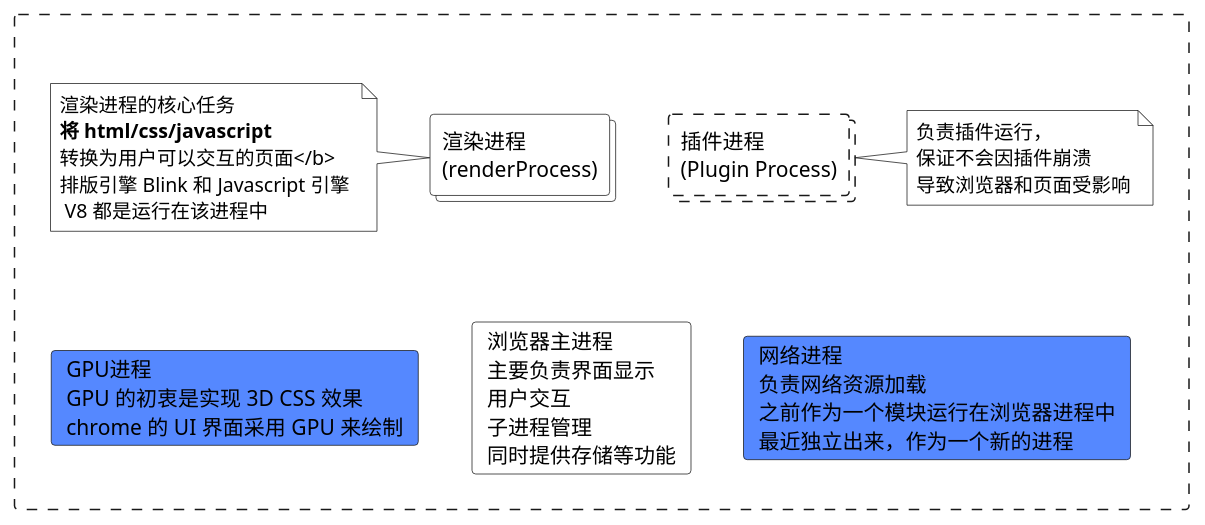
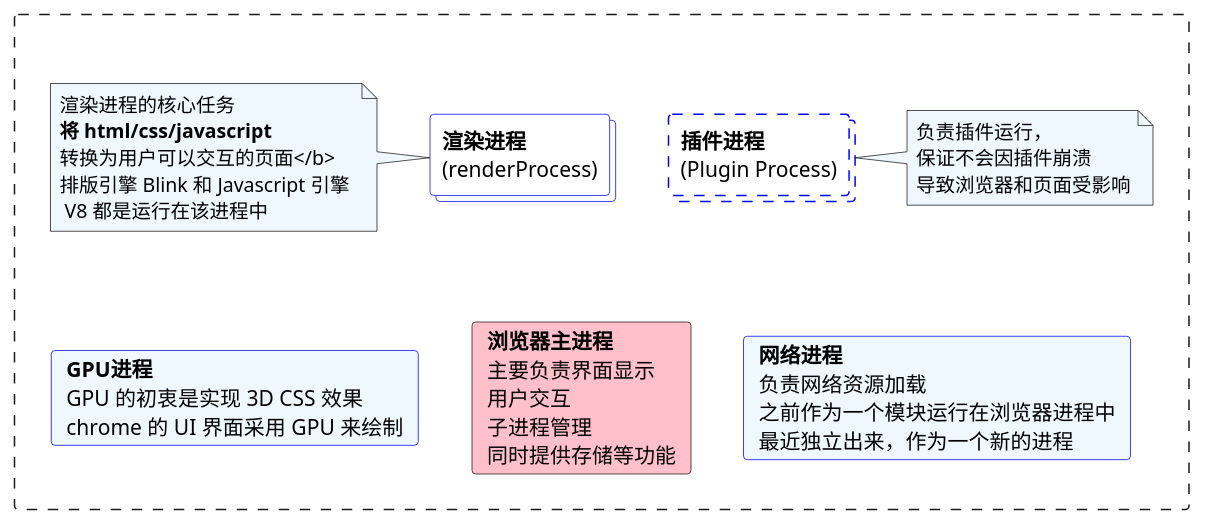
The fourth of 5 diagrams in source/_posts/浏览器工作原理——chrome打开一个页面执行的进程.md (HelenZhangLP/blog), drawn with PlantUML before and after one commit. The commit also changed other lines of this file and 88 other files, not shown here.

```diff
--- a/source/_posts/浏览器工作原理——chrome打开一个页面执行的进程.md
+++ b/source/_posts/浏览器工作原理——chrome打开一个页面执行的进程.md
@@ -105,35 +166,35 @@
 {% plantuml %}
 rectangle " " #fff;line.dashed {
   together {
-    collections "插件进程\n(Plugin Process)" as pluginProcess #fff;line.dashed
-    note right of pluginProcess #fff: 负责插件运行，\n保证不会因插件崩溃\n导致浏览器和页面受影响
-    collections "渲染进程\n(renderProcess)" as renderProcess #fff
-    note left of renderProcess #fff: 渲染进程的核心任务\n<b>将 html/css/javascript\n转换为用户可以交互的页面</b>\n排版引擎 Blink 和 Javascript 引擎 \n V8 都是运行在该进程中
+    collections "**插件进程**\n(Plugin Process)" as pluginProcess #fff;line:blue;line.dashed
+    note right of pluginProcess #aliceblue;line.dotted;line:blue;: 负责插件运行，\n保证不会因插件崩溃\n导致浏览器和页面受影响
+    collections "**渲染进程**\n(renderProcess)" as renderProcess #fff;line:blue;
+    note left of renderProcess #aliceblue;line:blue;line.dotted;: 渲染进程的核心任务\n<b>将 html/css/javascript\n转换为用户可以交互的页面</b>\n排版引擎 Blink 和 Javascript 引擎 \n V8 都是运行在该进程中
   }
 
   together {
-    card networkProcess #58f [
-      网络进程
+    card networkProcess #aliceblue;line:blue; [
+      **网络进程**
       负责网络资源加载
       之前作为一个模块运行在浏览器进程中
       最近独立出来，作为一个新的进程
     ]
-    card BrowserProcess #fff [
-      浏览器主进程
+    card BrowserProcess #pink [
+      **浏览器主进程**
       主要负责界面显示
       用户交互
       子进程管理
       同时提供存储等功能
     ]
 
-    card GPUProcess #58f [
-      GPU进程
+    card GPUProcess #aliceblue;line:blue; [
+      **GPU进程**
       GPU 的初衷是实现 3D CSS 效果
       chrome 的 UI 界面采用 GPU 来绘制
     ]
   }
 
   renderProcess -[#transparent]->networkProcess
 }
 
 {% endplantuml %}
```
